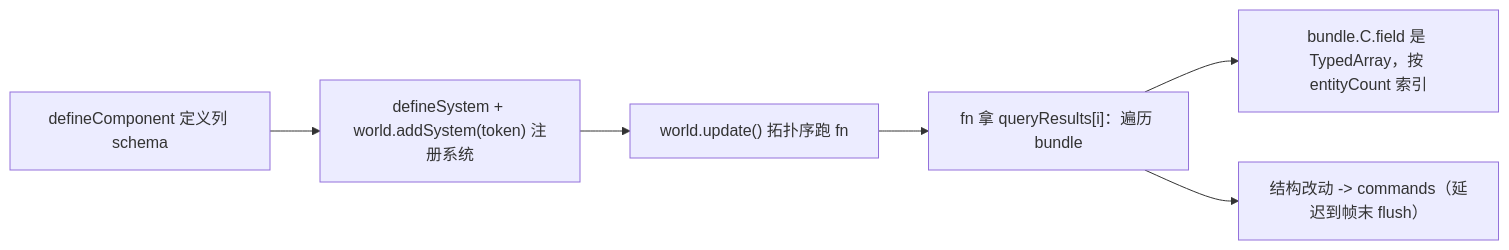
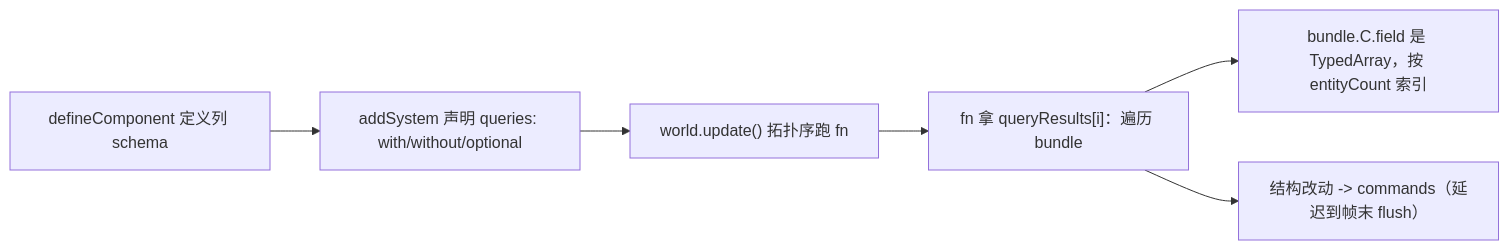
The diagram in packages/engine/skills/forgeax-engine-ecs/SKILL.md (ForgeaX-Games/forgeax-editor), drawn with Mermaid before and after one commit. The commit also changed other lines of this file and 681 other files, not shown here.

````diff
--- a/packages/engine/skills/forgeax-engine-ecs/SKILL.md
+++ b/packages/engine/skills/forgeax-engine-ecs/SKILL.md
@@ -47,8 +38,8 @@
 ```mermaid
 flowchart LR
-  DEF["defineComponent 定义列 schema"] --> SYS["defineSystem + world.addSystem(token) 注册系统"]
+  DEF["defineComponent 定义列 schema"] --> SYS["addSystem 声明 queries: with/without/optional"]
   SYS --> RUN["world.update() 拓扑序跑 fn"]
   RUN --> COL["fn 拿 queryResults[i]：遍历 bundle"]
   COL --> READ["bundle.C.field 是 TypedArray，按 entityCount 索引"]
   COL --> CMD["结构改动 -> commands（延迟到帧末 flush）"]
 ```
````
